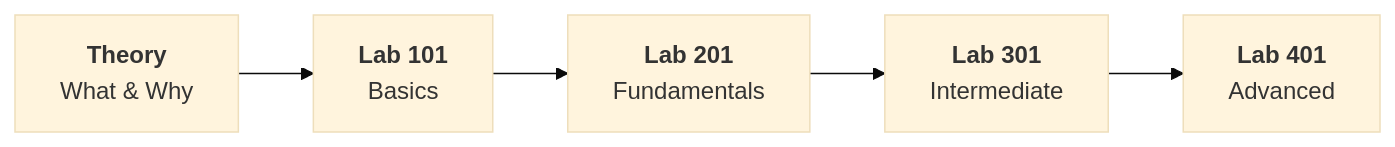
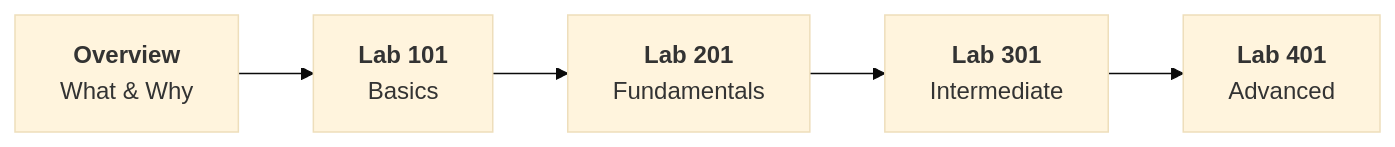
The diagram in docs/tracks/track-01/index.md (IBM/select-t-partner-market-launchpad), drawn with Mermaid (base theme) before and after one commit. The commit also changed other lines of this file and 282 other files, not shown here.

````diff
--- a/docs/tracks/track-01/index.md
+++ b/docs/tracks/track-01/index.md
@@ -20,7 +20,7 @@
 ```mermaid
 flowchart LR
-    theory["<strong>Theory</strong><br/>What & Why"] --> lab101["<strong>Lab 101</strong><br/>Basics"]
+    theory["<strong>Overview</strong><br/>What & Why"] --> lab101["<strong>Lab 101</strong><br/>Basics"]
     lab101 --> lab201["<strong>Lab 201</strong><br/>Fundamentals"]
     lab201 --> lab301["<strong>Lab 301</strong><br/>Intermediate"]
     lab301 --> lab401["<strong>Lab 401</strong><br/>Advanced"]
 ```
````
